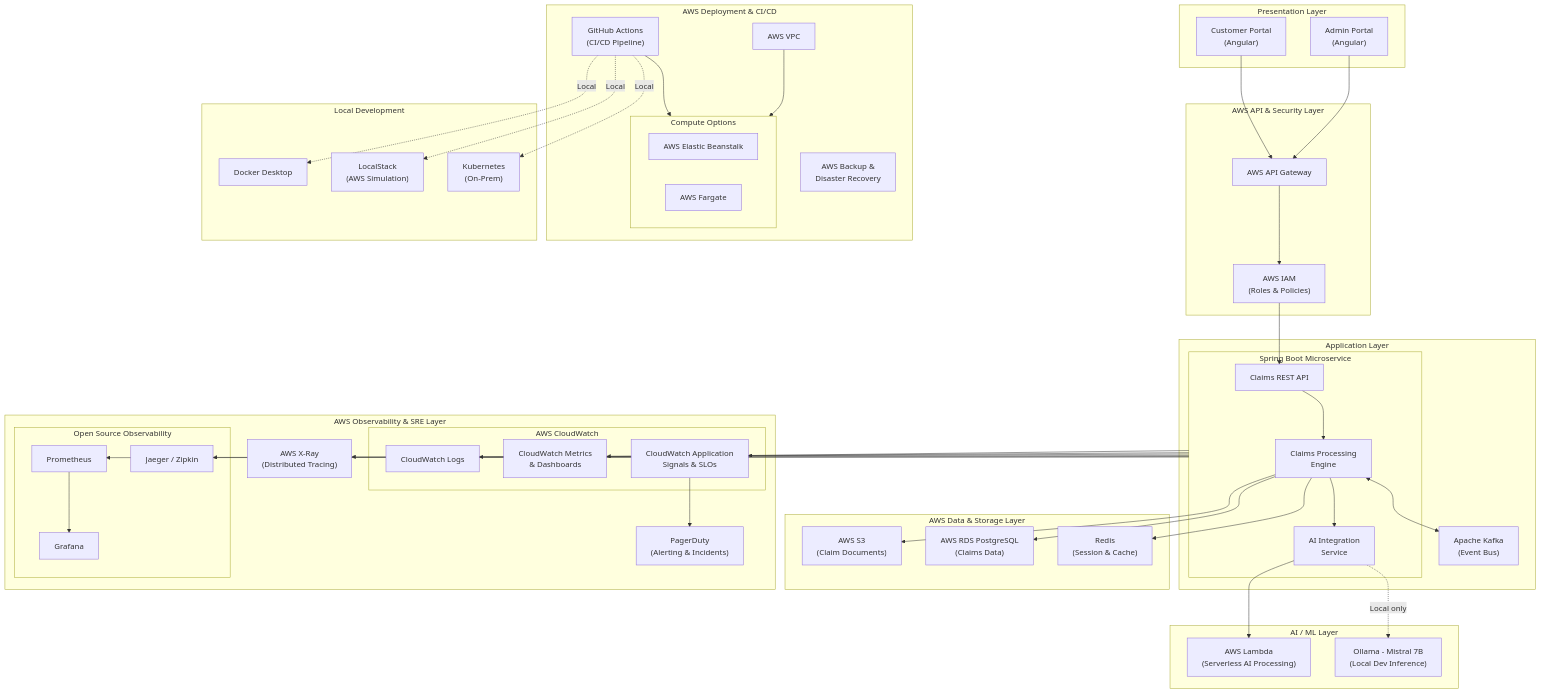
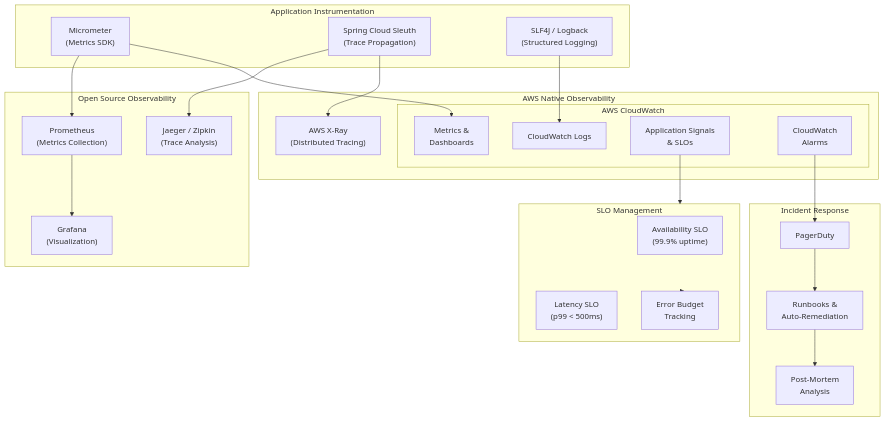
One commit to javakishore-veleti/Claims-Processor-With-SRE changed the seventh of 11 diagrams in CLAUDE.md. Above: the diagram before and after it, drawn with Mermaid. The commit also changed other lines of this file and 1 other file, not shown here.

````diff
--- a/CLAUDE.md
+++ b/CLAUDE.md
@@ -83,81 +257,45 @@
 ```mermaid
 flowchart TB
-    subgraph Presentation["Presentation Layer"]
-        CP["Customer Portal<br/>(Angular)"]
-        AP["Admin Portal<br/>(Angular)"]
+    subgraph AppLayer["Application Instrumentation"]
+        Micrometer["Micrometer<br/>(Metrics SDK)"]
+        SleuthZipkin["Spring Cloud Sleuth<br/>(Trace Propagation)"]
+        LogFramework["SLF4J / Logback<br/>(Structured Logging)"]
     end
 
-    subgraph AWSAPI["AWS API & Security Layer"]
-        APIGW["AWS API Gateway"]
-        IAM["AWS IAM<br/>(Roles & Policies)"]
+    subgraph AWSObserve["AWS Native Observability"]
+        subgraph CloudWatch["AWS CloudWatch"]
+            CWLogs["CloudWatch Logs"]
+            CWMetrics["Metrics &<br/>Dashboards"]
+            AppSignals["Application Signals<br/>& SLOs"]
+            CWAlarms["CloudWatch<br/>Alarms"]
+        end
+        XRay["AWS X-Ray<br/>(Distributed Tracing)"]
     end
 
-    subgraph Application["Application Layer"]
-        subgraph SpringBoot["Spring Boot Microservice"]
-            ClaimsAPI["Claims REST API"]
-            ClaimsProcessor["Claims Processing<br/>Engine"]
-            AIService["AI Integration<br/>Service"]
-        end
-        Kafka["Apache Kafka<br/>(Event Bus)"]
+    subgraph OpenSource["Open Source Observability"]
+        Prom["Prometheus<br/>(Metrics Collection)"]
+        Grafana["Grafana<br/>(Visualization)"]
+        Jaeger["Jaeger / Zipkin<br/>(Trace Analysis)"]
     end
 
-    subgraph AILayer["AI / ML Layer"]
-        Lambda["AWS Lambda<br/>(Serverless AI Processing)"]
-        Ollama["Ollama - Mistral 7B<br/>(Local Dev Inference)"]
+    subgraph Respond["Incident Response"]
+        PD["PagerDuty"]
+        Runbooks["Runbooks &<br/>Auto-Remediation"]
+        PostMortem["Post-Mortem<br/>Analysis"]
     end
 
-    subgraph AWSData["AWS Data & Storage Layer"]
-        S3["AWS S3<br/>(Claim Documents)"]
-        RDS["AWS RDS PostgreSQL<br/>(Claims Data)"]
-        Redis["Redis<br/>(Session & Cache)"]
+    subgraph SLOs["SLO Management"]
+        Availability["Availability SLO<br/>(99.9% uptime)"]
+        Latency["Latency SLO<br/>(p99 < 500ms)"]
+        ErrorBudget["Error Budget<br/>Tracking"]
     end
 
-    subgraph AWSObservability["AWS Observability & SRE Layer"]
-        subgraph CloudWatch["AWS CloudWatch"]
-            CWLogs["CloudWatch Logs"]
-            CWMetrics["CloudWatch Metrics<br/>& Dashboards"]
-            CWSLOs["CloudWatch Application<br/>Signals & SLOs"]
-        end
-        XRay["AWS X-Ray<br/>(Distributed Tracing)"]
-        subgraph OpenSource["Open Source Observability"]
-            Prom["Prometheus"] --> Graf["Grafana"]
-            Jaeger["Jaeger / Zipkin"]
-        end
-        PD["PagerDuty<br/>(Alerting & Incidents)"]
-    end
-
-    subgraph AWSDeployment["AWS Deployment & CI/CD"]
-        VPC["AWS VPC"]
-        subgraph Compute["Compute Options"]
-            EB["AWS Elastic Beanstalk"]
-            Fargate["AWS Fargate"]
-        end
-        GHA["GitHub Actions<br/>(CI/CD Pipeline)"]
-        Backup["AWS Backup &<br/>Disaster Recovery"]
-    end
-
-    subgraph LocalDev["Local Development"]
-        Docker["Docker Desktop"]
-        LocalStack["LocalStack<br/>(AWS Simulation)"]
-        K8s["Kubernetes<br/>(On-Prem)"]
-    end
-
-    CP & AP --> APIGW
-    APIGW --> IAM --> ClaimsAPI
-    ClaimsAPI --> ClaimsProcessor
-    ClaimsProcessor --> AIService
-    ClaimsProcessor <--> Kafka
-    AIService --> Lambda
-    AIService -.->|"Local only"| Ollama
-    ClaimsProcessor --> S3
-    ClaimsProcessor --> RDS
-    ClaimsProcessor --> Redis
-    SpringBoot --> CWLogs & CWMetrics & CWSLOs
-    SpringBoot --> XRay
-    SpringBoot --> Prom
-    SpringBoot --> Jaeger
-    CWSLOs --> PD
-    GHA --> Compute
-    VPC --> Compute
-    GHA -.->|"Local"| Docker & LocalStack & K8s
+    Micrometer --> CWMetrics & Prom
+    LogFramework --> CWLogs
+    SleuthZipkin --> XRay & Jaeger
+    Prom --> Grafana
+    AppSignals --> SLOs
+    CWAlarms --> PD
+    PD --> Runbooks --> PostMortem
+    SLOs --> ErrorBudget
 ```
````
